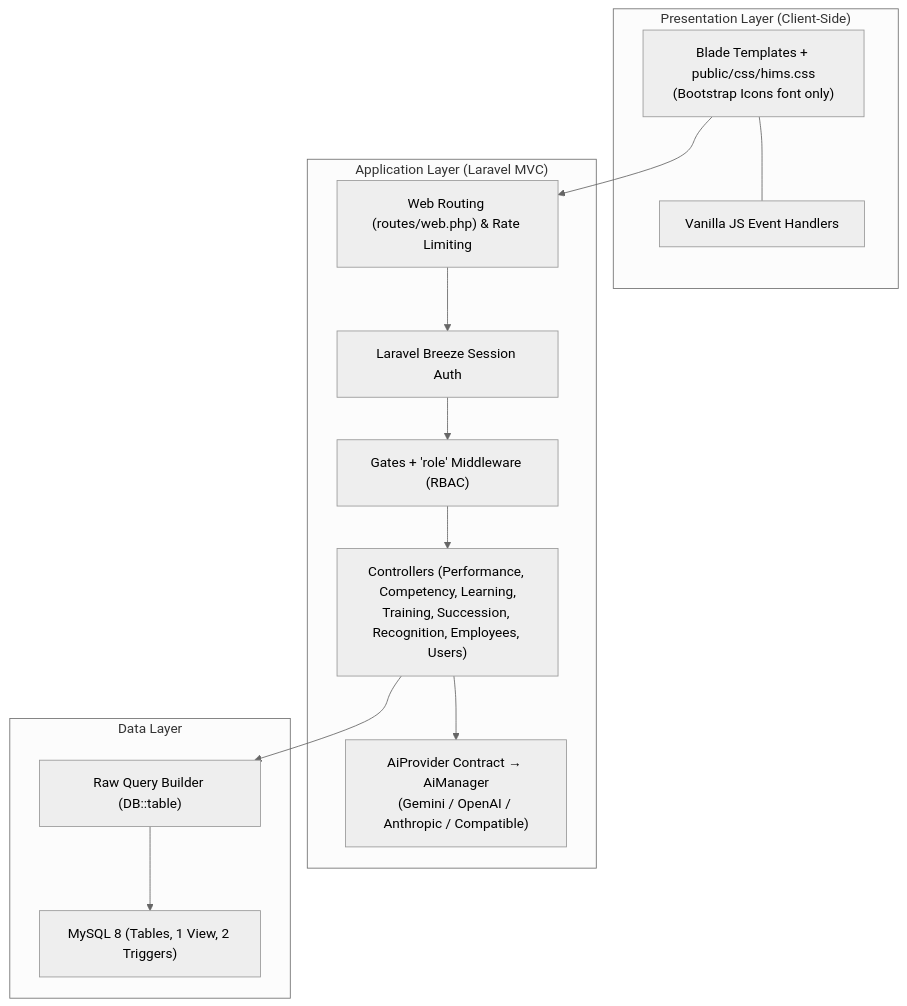
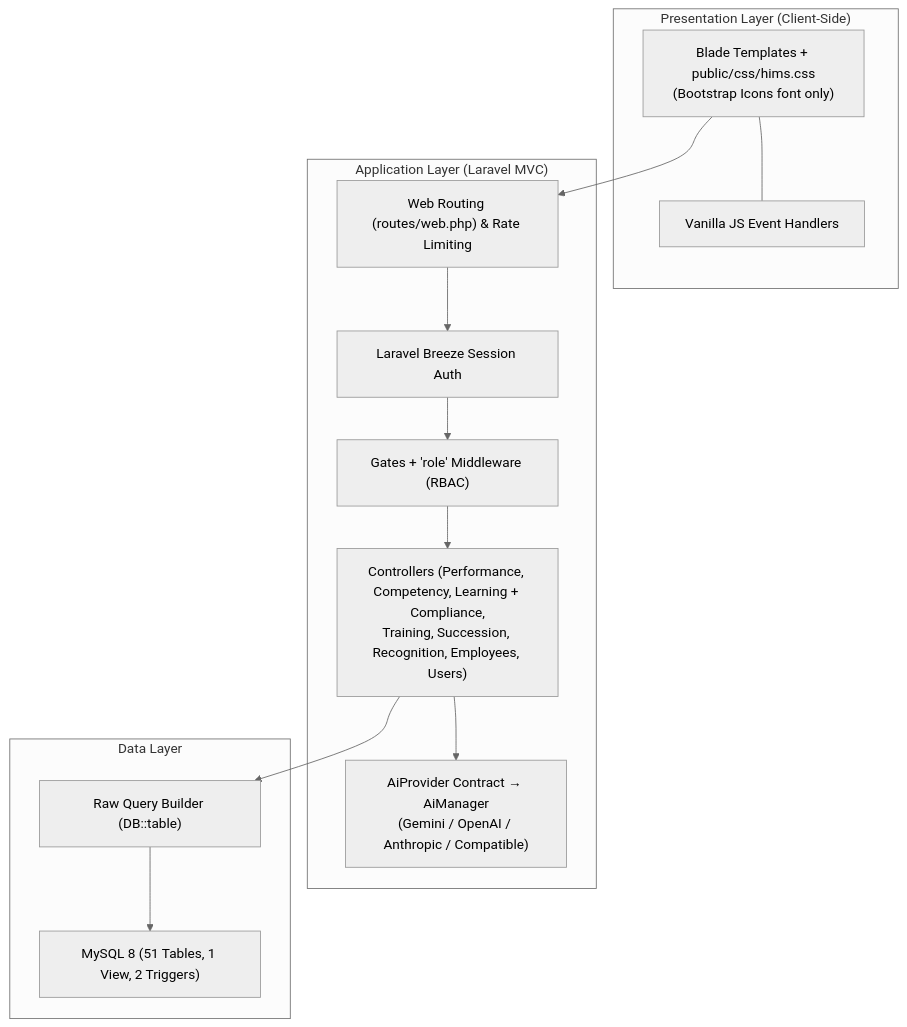
Before and after one commit to shikabane277/HIMS-v2: the first of 2 diagrams in HIMS_ARCHITECTURE_AND_SECURITY.md, drawn with Mermaid (neutral theme). The commit also changed other lines of this file and 192 other files, not shown here.

````diff
--- a/HIMS_ARCHITECTURE_AND_SECURITY.md
+++ b/HIMS_ARCHITECTURE_AND_SECURITY.md
@@ -20,20 +28,20 @@
 ```mermaid
 graph TD
     subgraph "Presentation Layer (Client-Side)"
         A["Blade Templates + public/css/hims.css<br/>(Bootstrap Icons font only)"] --- B["Vanilla JS Event Handlers"]
     end
 
     subgraph "Application Layer (Laravel MVC)"
         C["Web Routing (routes/web.php) & Rate Limiting"] --> D["Laravel Breeze Session Auth"]
         D --> RB["Gates + 'role' Middleware (RBAC)"]
-        RB --> E["Controllers (Performance, Competency, Learning,<br/>Training, Succession, Recognition, Employees, Users)"]
+        RB --> E["Controllers (Performance, Competency, Learning + Compliance,<br/>Training, Succession, Recognition, Employees, Users)"]
         E --> F["AiProvider Contract → AiManager<br/>(Gemini / OpenAI / Anthropic / Compatible)"]
     end
 
     subgraph "Data Layer"
         E --> H["Raw Query Builder (DB::table)"]
-        H --> I["MySQL 8 (Tables, 1 View, 2 Triggers)"]
+        H --> I["MySQL 8 (51 Tables, 1 View, 2 Triggers)"]
     end
 
     A --> C
 ```
````
